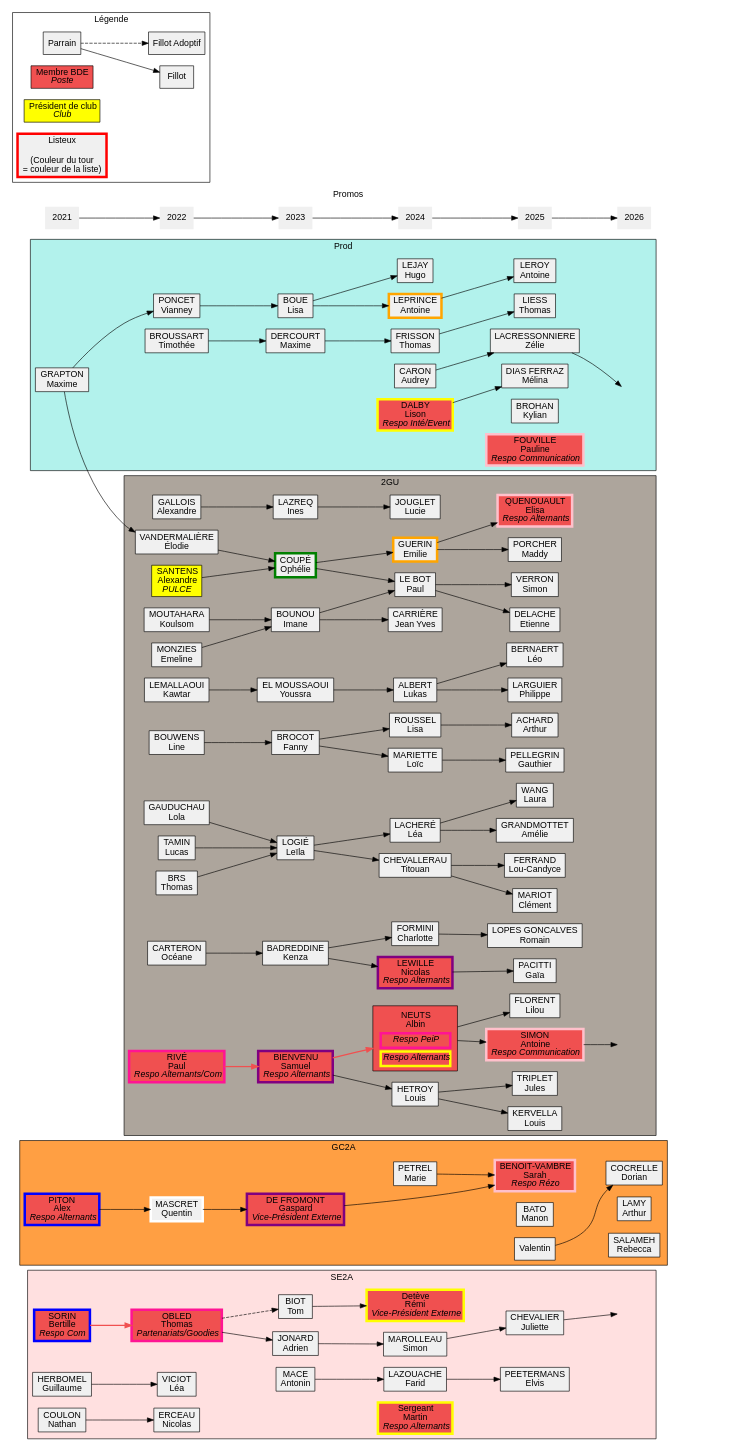
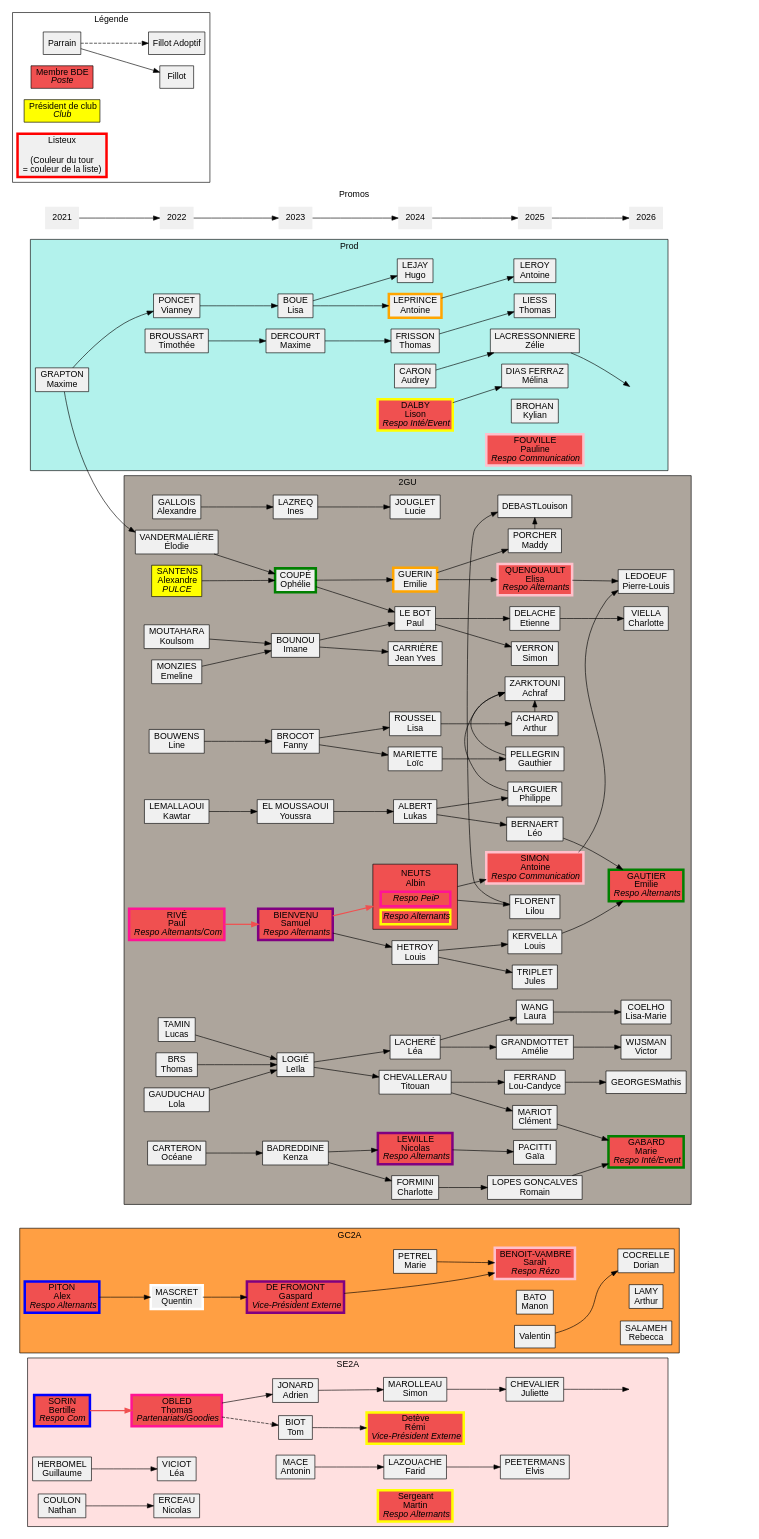
Before and after one commit to Scruchet/poly_gen: the diagram in alternants.dot, drawn with Graphviz. The commit also changed 16 other files, not shown here.

```diff
--- a/alternants.dot
+++ b/alternants.dot
@@ -132,6 +132,8 @@
 			loucandyce [label = "FERRAND\nLou-Candyce"];
 			phillippela [label = "LARGUIER\nPhilippe"];
 			leobernae    [label = "BERNAERT\nLéo"];
+			ldebast  [label = "DEBAST\Louison"];
+			azarktouni [label = "ZARKTOUNI\nAchraf"];
 		}
         albinneu -> antoinesim;
         albinneu -> lilouflo;
@@ -151,11 +153,34 @@
         titouancheva -> loucandyce;
         lukasalb -> phillippela;
         lukasalb -> leobernae;
+		{ rank = "same";
+			pledoeuf  	[label = "LEDOEUF\nPierre-Louis"];
+			egautier 	[label = <GAUTIER<BR/>Emilie<BR/><I>Respo Alternants</I>> fillcolor="#f05050" penwidth=4 color="green"];
+			cviella  	[label = "VIELLA\nCharlotte"];
+			mgeorges 	[label = "GEORGES\Mathis"];
+			vwijsman	[label = "WIJSMAN\nVictor"];
+			lcoelho    	[label = "COELHO\nLisa-Marie"];
+			mgabard 	[label = <GABARD<BR/>Marie<BR/><I>Respo Inté/Event</I>> fillcolor="#f05050" penwidth=4 color="green"]
+		}	
+		antoinesim->pledoeuf;
+		lilouflo->ldebast;
+		louiskerv->egautier;
+		romainlop->mgabard;
+		maddyporc->ldebast;
+		elisaquen->pledoeuf;
+		etiennedel->cviella;
+		arthurach->azarktouni;
+		ameliegra->vwijsman;
+		laurawan->lcoelho;
+		clementmar->mgabard;
+		loucandyce->mgeorges;
+		phillippela->azarktouni;
+		gauthierpl->azarktouni;
+		leobernae->egautier;
 
         { rank = "same";
 			invis1 [style=invis];
         }
-        antoinesim -> invis1;
 	}
 
 	subgraph cluster_prod {
```
